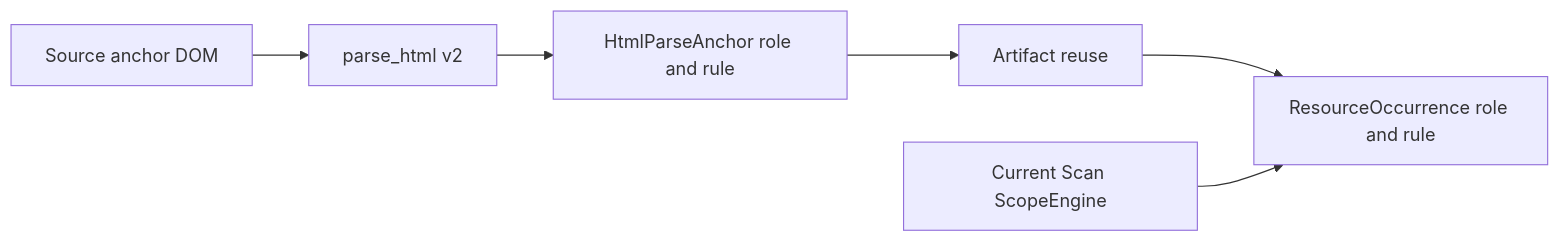
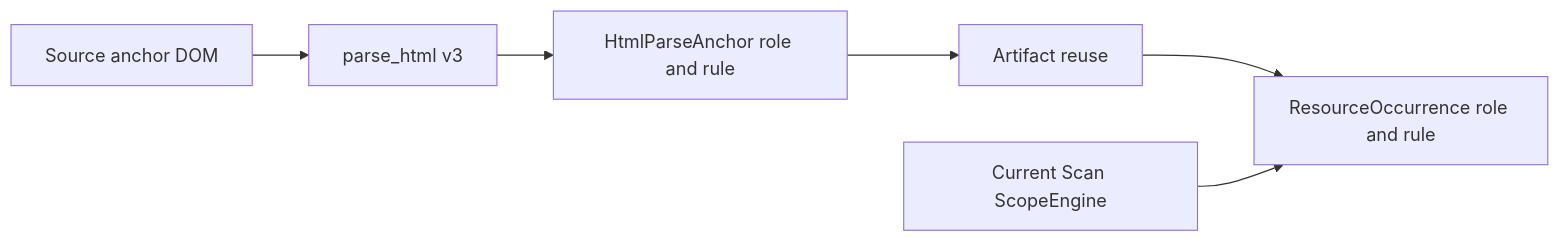
Before and after one commit to Artsen/site-ledger: the fifth of 5 diagrams in docs/page-workspaces.md, drawn with Mermaid. The commit also changed other lines of this file and 8 other files, not shown here.

````diff
--- a/docs/page-workspaces.md
+++ b/docs/page-workspaces.md
@@ -127,8 +127,8 @@
 ```mermaid
 flowchart LR
-  DOM[Source anchor DOM] --> Parser[parse_html v2]
+  DOM[Source anchor DOM] --> Parser[parse_html v3]
   Parser --> Anchor[HtmlParseAnchor role and rule]
   Anchor --> Reuse[Artifact reuse]
   Reuse --> Occurrence[ResourceOccurrence role and rule]
   Scope[Current Scan ScopeEngine] --> Occurrence
 ```
````
